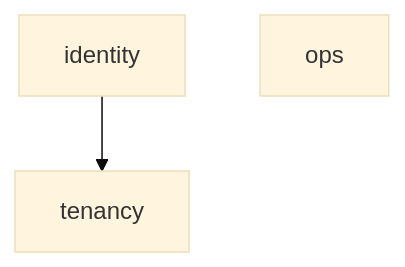
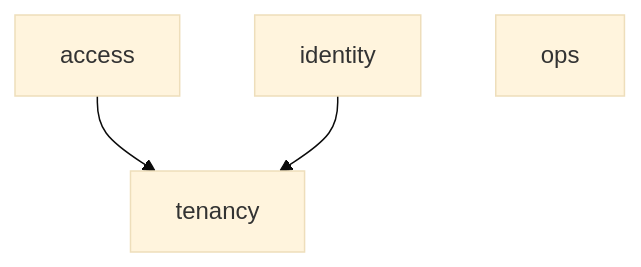
The diagram in docs/architecture/module-map.md (kingdonk-ops/Project-AIP), drawn with Mermaid (base theme) before and after one commit. The commit also changed other lines of this file and 93 other files, not shown here.

````diff
--- a/docs/architecture/module-map.md
+++ b/docs/architecture/module-map.md
@@ -18,6 +19,7 @@
 ```mermaid
 graph TD
+    access --> tenancy
     identity --> tenancy
     ops
     tenancy
 ```
````
